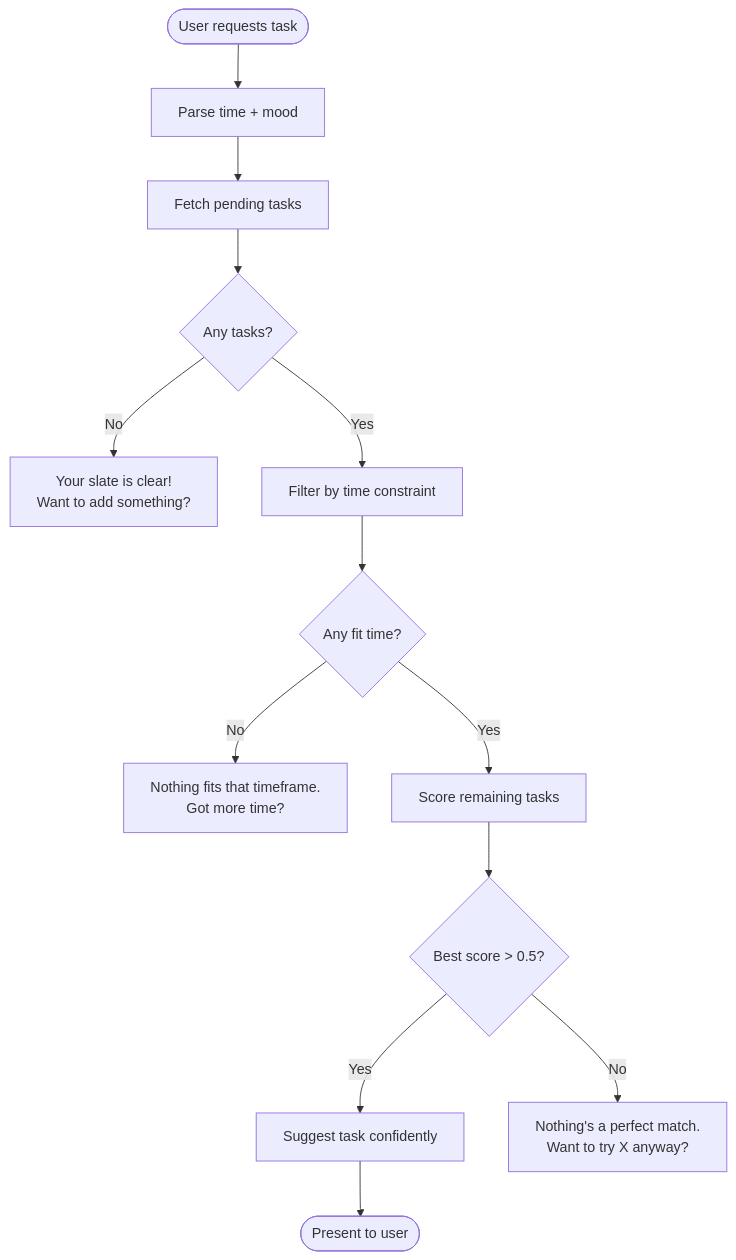
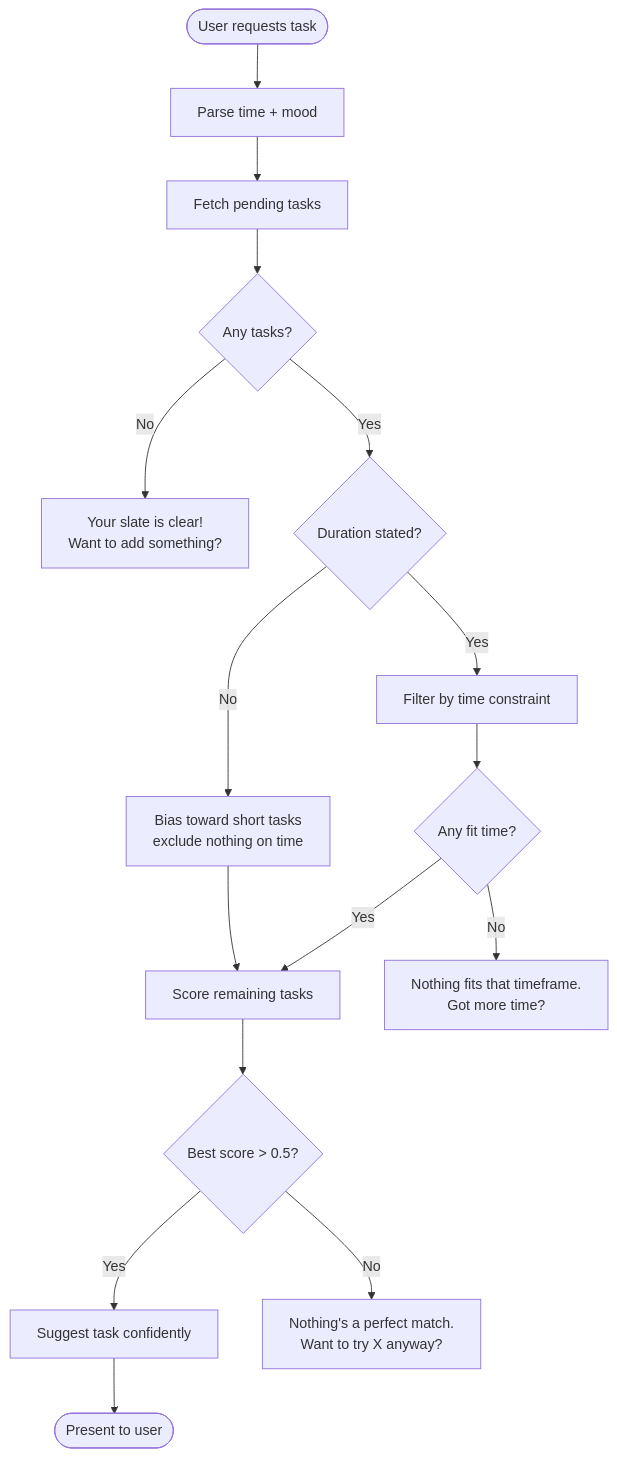
One commit to NickBorgersProbably/hide-my-list changed the sixth of 28 diagrams in docs/user-interactions.md. Above: the diagram before and after it, drawn with Mermaid. The commit also changed other lines of this file and 11 other files, not shown here.

First line of the commit message:
fix(rejection,selection): drop Pending reset; bias unknown time to short tasks

````diff
--- a/docs/user-interactions.md
+++ b/docs/user-interactions.md
@@ -163,19 +156,22 @@
 ```mermaid
 flowchart TD
     Request([User requests task]) --> ParseContext[Parse time + mood]
     ParseContext --> FetchTasks[Fetch pending tasks]
     FetchTasks --> HasTasks{Any tasks?}
 
     HasTasks -->|No| NoTasks["Your slate is clear!<br/>Want to add something?"]
-    HasTasks -->|Yes| FilterTime[Filter by time constraint]
+    HasTasks -->|Yes| KnownTime{Duration stated?}
+    KnownTime -->|Yes| FilterTime[Filter by time constraint]
+    KnownTime -->|No| ShortBias[Bias toward short tasks<br/>exclude nothing on time]
+    ShortBias --> ScoreTasks
 
     FilterTime --> HasMatches{Any fit time?}
     HasMatches -->|No| NoFit["Nothing fits that timeframe.<br/>Got more time?"]
     HasMatches -->|Yes| ScoreTasks[Score remaining tasks]
 
     ScoreTasks --> BestScore{Best score > 0.5?}
     BestScore -->|Yes| Suggest[Suggest task confidently]
     BestScore -->|No| Unsure["Nothing's a perfect match.<br/>Want to try X anyway?"]
 
     Suggest --> Present([Present to user])
 ```
````
